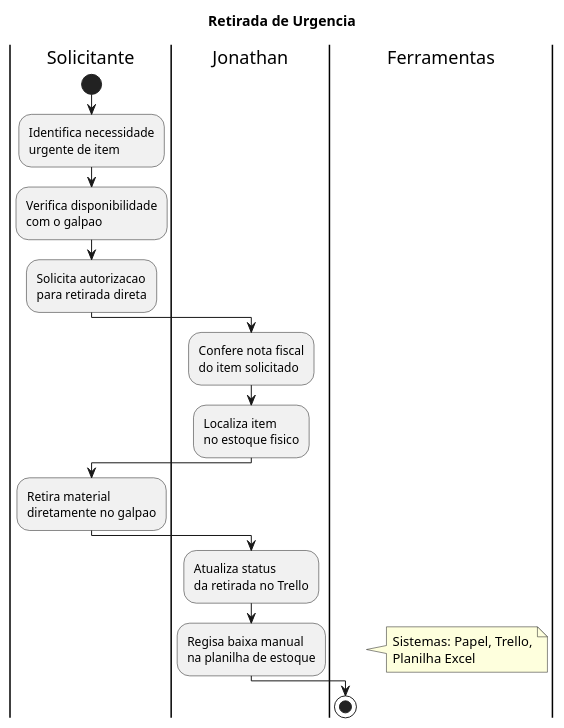
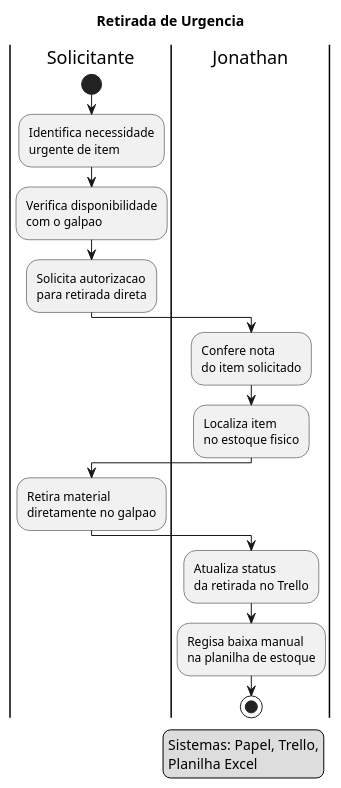
Before and after one commit to enzoguinossi/ProjetoFinalFAETEC: the diagram in docs/puml/fluxosAtuais/05_retirada_urgencia.puml, drawn with PlantUML. The commit also changed 7 other files, not shown here.

Commit message:
fix: 06_relatorio renamed to levantamento_estoque, corrected flow semantics

```diff
--- a/docs/puml/fluxosAtuais/05_retirada_urgencia.puml
+++ b/docs/puml/fluxosAtuais/05_retirada_urgencia.puml
@@ -1,41 +1,40 @@
 @startuml
 skinparam shadowing false
 title Retirada de Urgencia
 
 |Solicitante|
 start
 :Identifica necessidade
 urgente de item;
 
 :Verifica disponibilidade
 com o galpao;
 
 :Solicita autorizacao
 para retirada direta;
 
 |Jonathan|
-:Confere nota fiscal
+:Confere nota
 do item solicitado;
 
 :Localiza item
 no estoque fisico;
 
 |Solicitante|
 :Retira material
 diretamente no galpao;
 
 |Jonathan|
 :Atualiza status
 da retirada no Trello;
 
 :Regisa baixa manual
 na planilha de estoque;
 
-|Ferramentas|
-note right
+legend right
   Sistemas: Papel, Trello,
   Planilha Excel
-endnote
+endlegend
 
 stop
 @enduml
```
